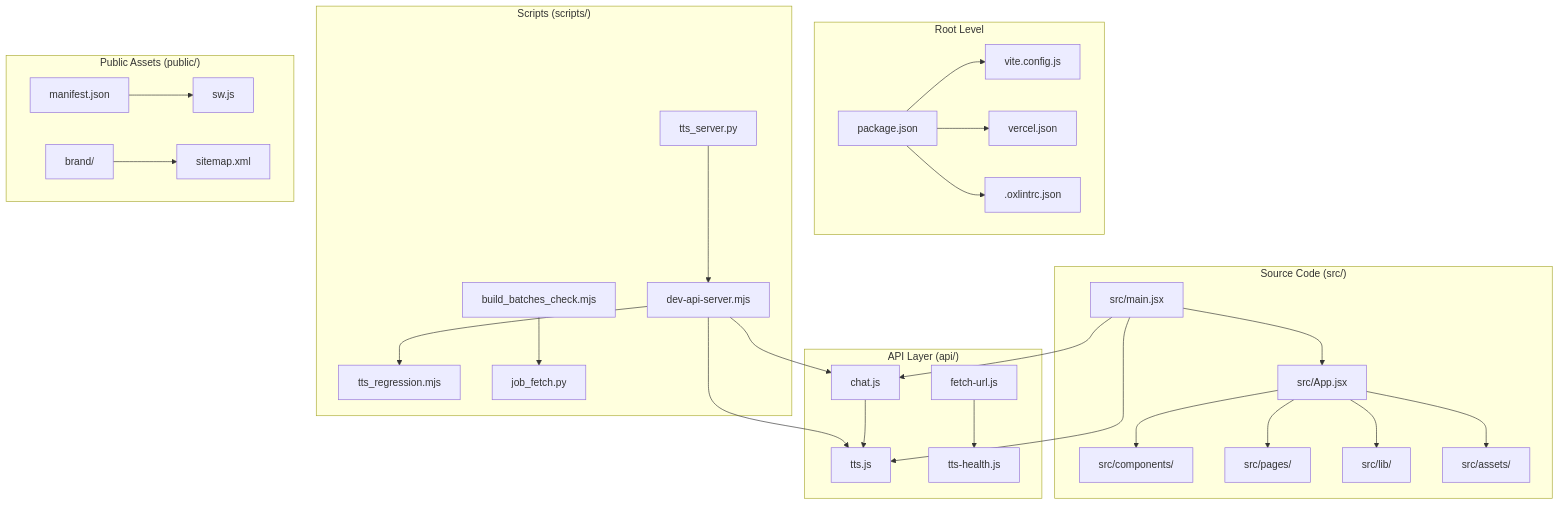
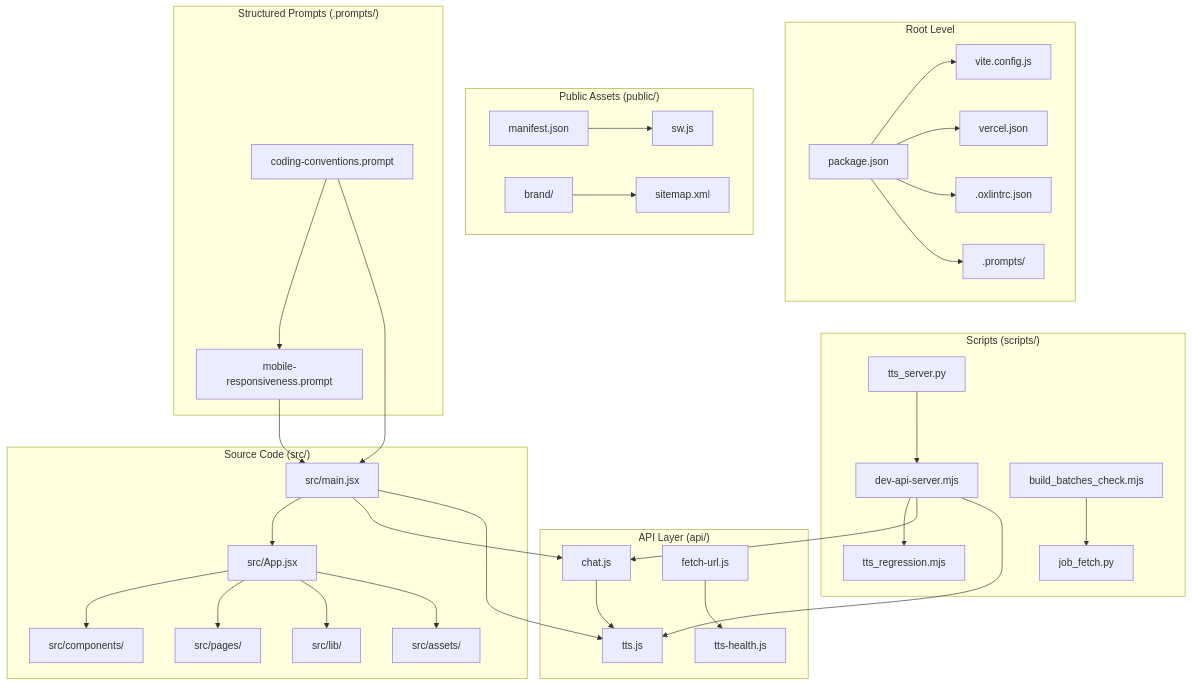
One commit to zmyeo54/briefroom changed the first of 11 diagrams in .qoder/repowiki/en/content/Development Guide/Development Guide.md. Above: the diagram before and after it, drawn with Mermaid. The commit also changed other lines of this file and 23 other files, not shown here.

````diff
--- a/.qoder/repowiki/en/content/Development Guide/Development Guide.md
+++ b/.qoder/repowiki/en/content/Development Guide/Development Guide.md
@@ -53,32 +59,38 @@
 ```mermaid
 graph TB
 subgraph "Root Level"
 A[package.json] --> B[vite.config.js]
 A --> C[vercel.json]
 A --> D[.oxlintrc.json]
+A --> E[.prompts/]
 end
 subgraph "Source Code (src/)"
-E[src/main.jsx] --> F[src/App.jsx]
-F --> G[src/components/]
-F --> H[src/pages/]
-F --> I[src/lib/]
-F --> J[src/assets/]
+F[src/main.jsx] --> G[src/App.jsx]
+G --> H[src/components/]
+G --> I[src/pages/]
+G --> J[src/lib/]
+G --> K[src/assets/]
 end
 subgraph "API Layer (api/)"
-K[chat.js] --> L[tts.js]
-M[fetch-url.js] --> N[tts-health.js]
+L[chat.js] --> M[tts.js]
+N[fetch-url.js] --> O[tts-health.js]
 end
 subgraph "Scripts (scripts/)"
-O[dev-api-server.mjs] --> P[tts_regression.mjs]
-Q[build_batches_check.mjs] --> R[job_fetch.py]
-S[tts_server.py] --> O
+P[dev-api-server.mjs] --> Q[tts_regression.mjs]
+R[build_batches_check.mjs] --> S[job_fetch.py]
+T[tts_server.py] --> P
 end
 subgraph "Public Assets (public/)"
-T[manifest.json] --> U[sw.js]
-V[brand/] --> W[sitemap.xml]
+U[manifest.json] --> V[sw.js]
+W[brand/] --> X[sitemap.xml]
 end
-E --> K
-E --> L
-O --> K
-O --> L
+subgraph "Structured Prompts (.prompts/)"
+Y[coding-conventions.prompt] --> Z[mobile-responsiveness.prompt]
+end
+F --> L
+F --> M
+P --> L
+P --> M
+Y --> F
+Z --> F
 ```
````
